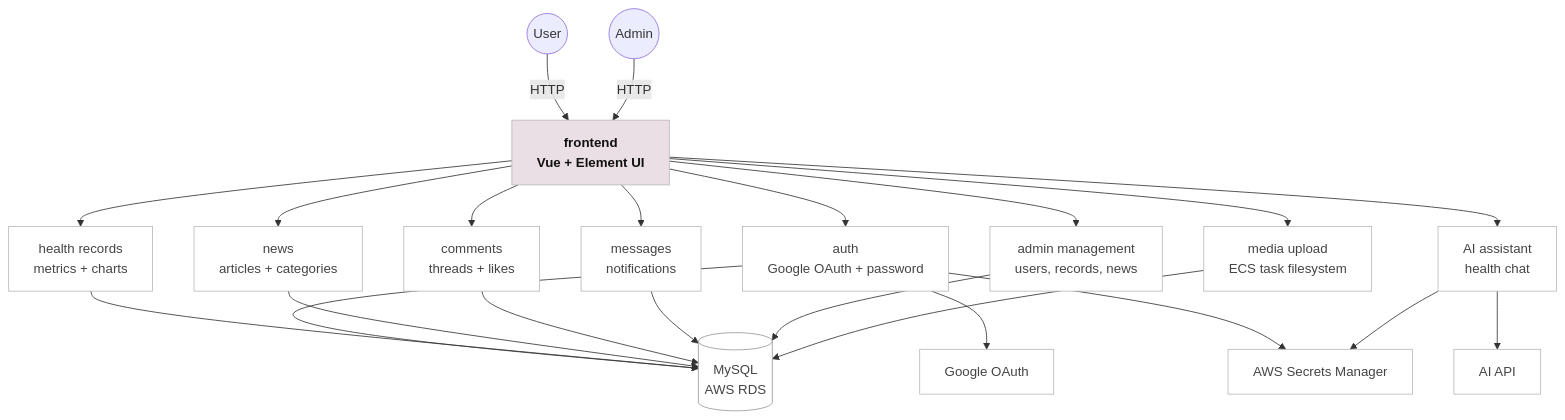
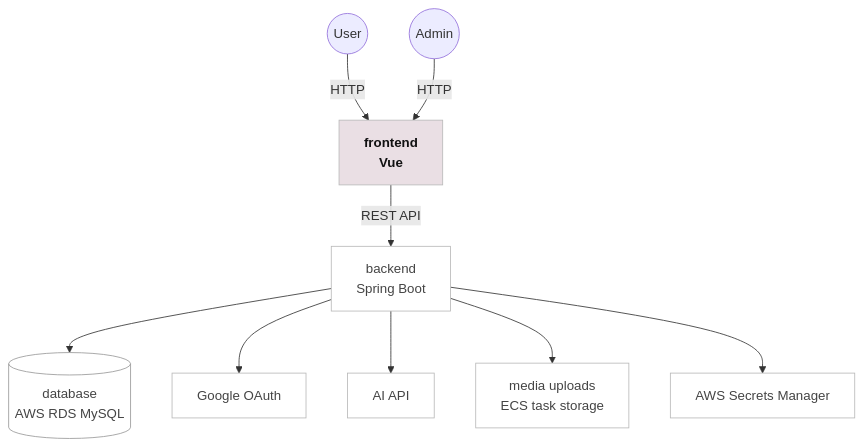
The diagram in README.md (Ruoxi-0812/HealthPals), drawn with Mermaid before and after one commit. The commit also changed other lines of this file, not shown here.

````diff
--- a/README.md
+++ b/README.md
@@ -15,51 +11,28 @@
 ```mermaid
 flowchart TB
   User((User))
   Admin((Admin))
-  Frontend["frontend\nVue + Element UI"]
-
-  Auth["auth\nGoogle OAuth + password"]
-  Health["health records\nmetrics + charts"]
-  News["news\narticles + categories"]
-  Comments["comments\nthreads + likes"]
-  Messages["messages\nnotifications"]
-  Assistant["AI assistant\nhealth chat"]
-  AdminAPI["admin management\nusers, records, news"]
-  Uploads["media upload\nECS task filesystem"]
-
-  DB[("MySQL\nAWS RDS")]
+  Frontend["frontend\nVue"]
+  Backend["backend\nSpring Boot"]
+  DB[("database\nAWS RDS MySQL")]
   OAuth["Google OAuth"]
   AI["AI API"]
+  Media["media uploads\nECS task storage"]
   Secrets["AWS Secrets Manager"]
 
   User -->|HTTP| Frontend
   Admin -->|HTTP| Frontend
-
-  Frontend --> Auth
-  Frontend --> Health
-  Frontend --> News
-  Frontend --> Comments
-  Frontend --> Messages
-  Frontend --> Assistant
-  Frontend --> AdminAPI
-  Frontend --> Uploads
-
-  Auth --> DB
-  Auth --> OAuth
-  Health --> DB
-  News --> DB
-  Comments --> DB
-  Messages --> DB
-  AdminAPI --> DB
-  Uploads --> DB
-  Assistant --> AI
-  Auth --> Secrets
-  Assistant --> Secrets
+  Frontend -->|REST API| Backend
+  Backend --> DB
+  Backend --> OAuth
+  Backend --> AI
+  Backend --> Media
+  Backend --> Secrets
 
   classDef frontend fill:#eadfe4,stroke:#b9b9b9,color:#111,font-weight:bold;
   classDef service fill:#ffffff,stroke:#b9b9b9,color:#444;
   classDef datastore fill:#ffffff,stroke:#999,color:#444;
   class Frontend frontend;
-  class Auth,Health,News,Comments,Messages,Assistant,AdminAPI,Uploads,OAuth,AI,Secrets service;
+  class Backend,OAuth,AI,Media,Secrets service;
   class DB datastore;
 ```
````
